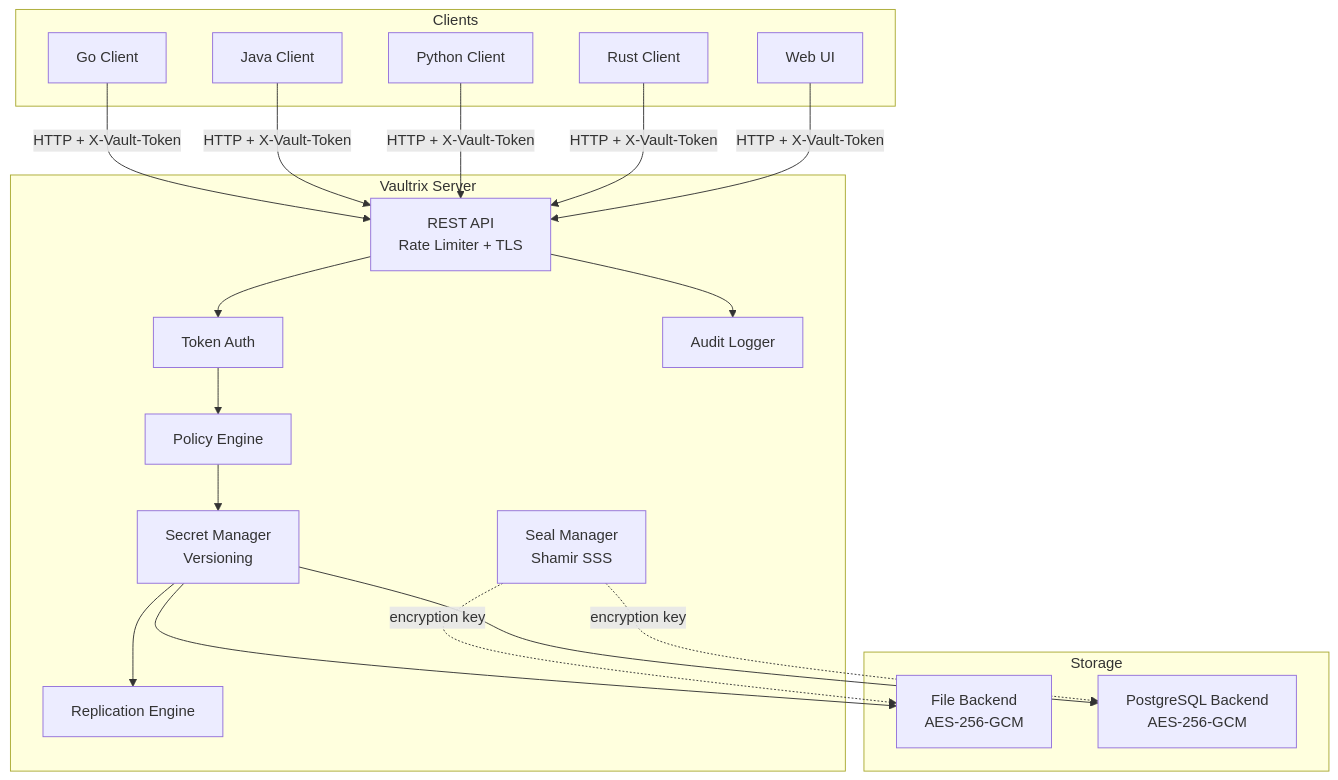
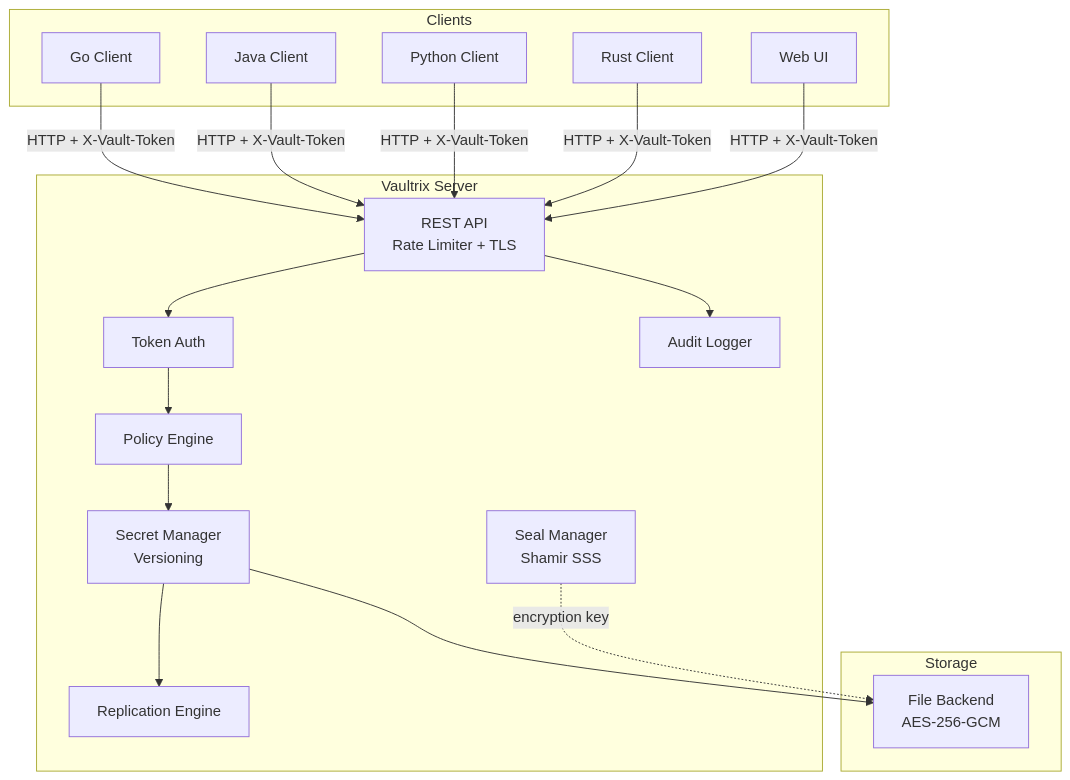
Before and after one commit to geekychris/securevault: the first of 6 diagrams in README.md, drawn with Mermaid. The commit also changed other lines of this file and 11 other files, not shown here.

First line of the commit message:
Remove unused PostgreSQL backend

````diff
--- a/README.md
+++ b/README.md
@@ -52,32 +52,31 @@
 ```mermaid
 graph TB
     subgraph Clients
         GO[Go Client]
         JAVA[Java Client]
         PY[Python Client]
         RUST[Rust Client]
         UI[Web UI]
     end
 
     subgraph Vaultrix Server
         API[REST API<br/>Rate Limiter + TLS]
         AUTH[Token Auth]
         POLICY[Policy Engine]
         SECRETS[Secret Manager<br/>Versioning]
         AUDIT[Audit Logger]
         SEAL[Seal Manager<br/>Shamir SSS]
         REPL[Replication Engine]
     end
 
     subgraph Storage
         FILE[File Backend<br/>AES-256-GCM]
-        PG[PostgreSQL Backend<br/>AES-256-GCM]
     end
 
     GO & JAVA & PY & RUST & UI -->|HTTP + X-Vault-Token| API
     API --> AUTH --> POLICY --> SECRETS
-    SECRETS --> FILE & PG
+    SECRETS --> FILE
     SECRETS --> REPL
     API --> AUDIT
-    SEAL -.->|encryption key| FILE & PG
+    SEAL -.->|encryption key| FILE
 ```
````
